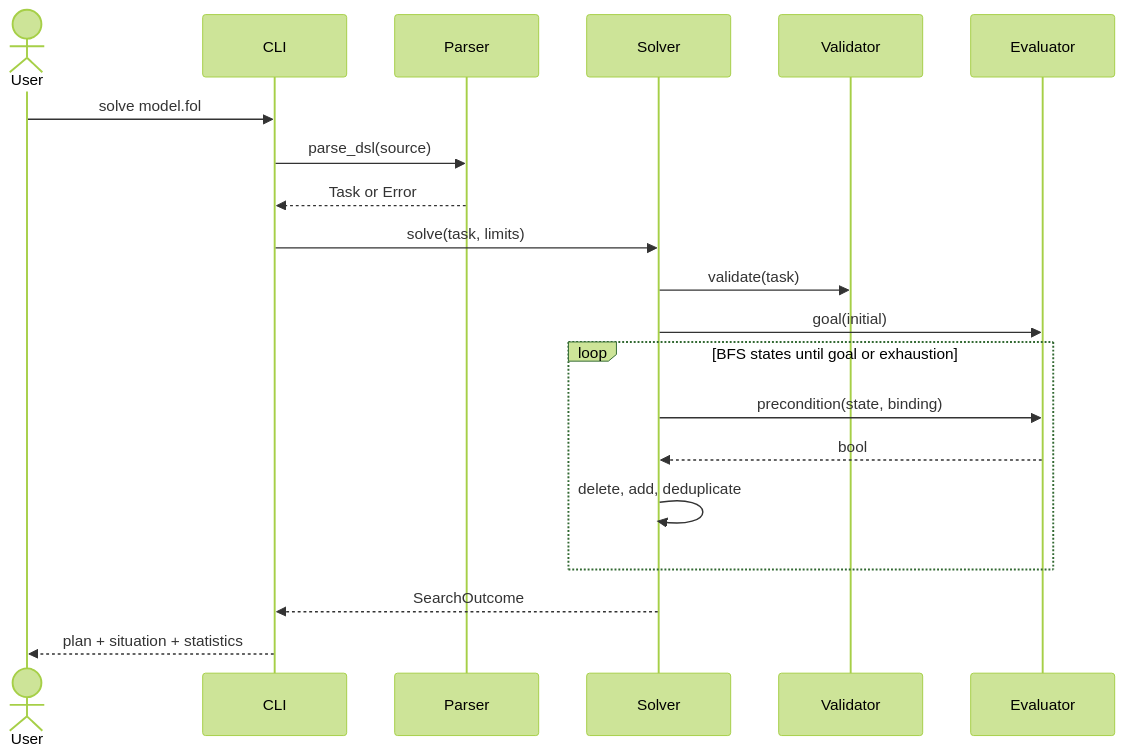
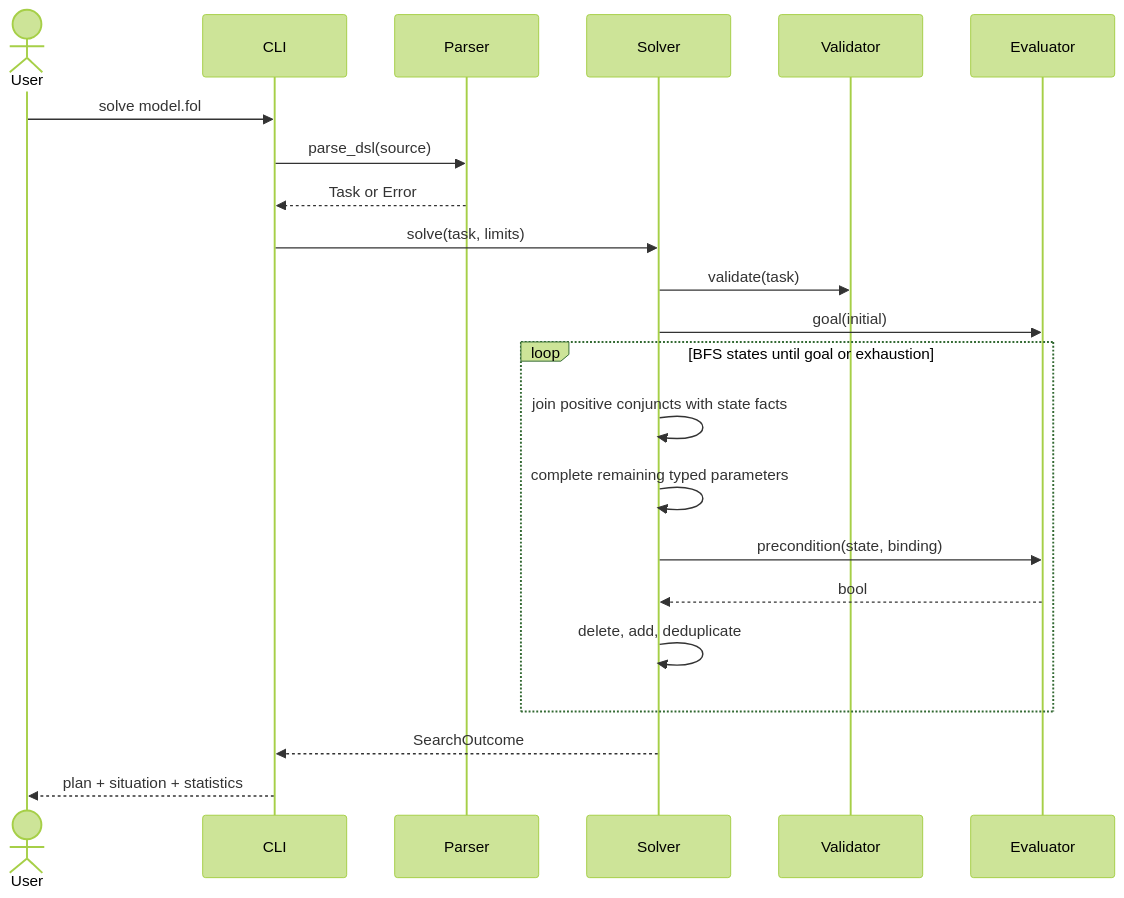
One commit to LucaSforza/PDDL-FOL changed the third of 3 diagrams in kb/02-architecture.md. Above: the diagram before and after it, drawn with Mermaid (forest theme). The commit also changed other lines of this file and 10 other files, not shown here.

````diff
--- a/kb/02-architecture.md
+++ b/kb/02-architecture.md
@@ -59,17 +59,19 @@
 ```mermaid
 sequenceDiagram
     actor User
     User->>CLI: solve model.fol
     CLI->>Parser: parse_dsl(source)
     Parser-->>CLI: Task or Error
     CLI->>Solver: solve(task, limits)
     Solver->>Validator: validate(task)
     Solver->>Evaluator: goal(initial)
     loop BFS states until goal or exhaustion
+        Solver->>Solver: join positive conjuncts with state facts
+        Solver->>Solver: complete remaining typed parameters
         Solver->>Evaluator: precondition(state, binding)
         Evaluator-->>Solver: bool
         Solver->>Solver: delete, add, deduplicate
     end
     Solver-->>CLI: SearchOutcome
     CLI-->>User: plan + situation + statistics
 ```
````
